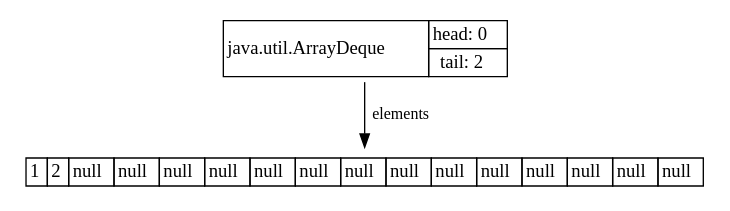
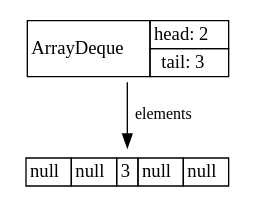
One commit to openjdk/jol changed the tenth of 18 diagrams in doc/src/main/asciidoc/start.adoc. Above: the diagram before and after it, drawn with Graphviz. The commit also changed other lines of this file and 3 other files, not shown here.

```diff
--- a/doc/src/main/asciidoc/start.adoc
+++ b/doc/src/main/asciidoc/start.adoc
@@ -887,44 +877,33 @@
 [graphviz]
 ----
 digraph Java {
 	rankdir="TB";
 	node[shape=plaintext]
 	n1[label=<
 		<table border='0' cellborder='1' cellspacing='0'>
 			<tr>
-				<td rowspan='3'>java.util.ArrayDeque</td>
+				<td rowspan='3'>ArrayDeque</td>
 			</tr>
 			<tr>
-				<td>head: 0</td>
+				<td>head: 2</td>
 			</tr>
 			<tr>
-				<td>tail: 2</td>
+				<td>tail: 3</td>
 			</tr>
 		</table>
 	>];
 	n2[label=<
 		<table border='0' cellborder='1' cellspacing='0'>
 			<tr>
-				<td>1</td>
-				<td>2</td>
 				<td>null</td>
 				<td>null</td>
-				<td>null</td>
-				<td>null</td>
-				<td>null</td>
-				<td>null</td>
-				<td>null</td>
-				<td>null</td>
-				<td>null</td>
-				<td>null</td>
-				<td>null</td>
-				<td>null</td>
+				<td>3</td>
 				<td>null</td>
 				<td>null</td>
 			</tr>
 		</table>
 	>];
 	n1 -> n2[label="elements",fontsize=12];
 }
 
 ----
```
